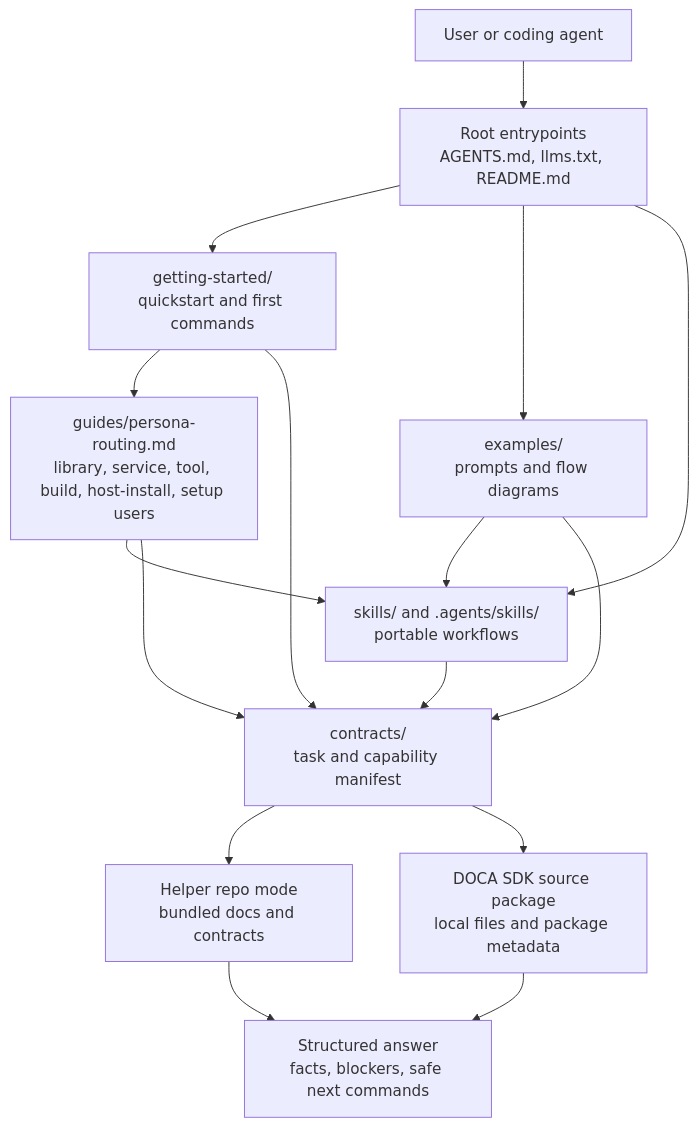
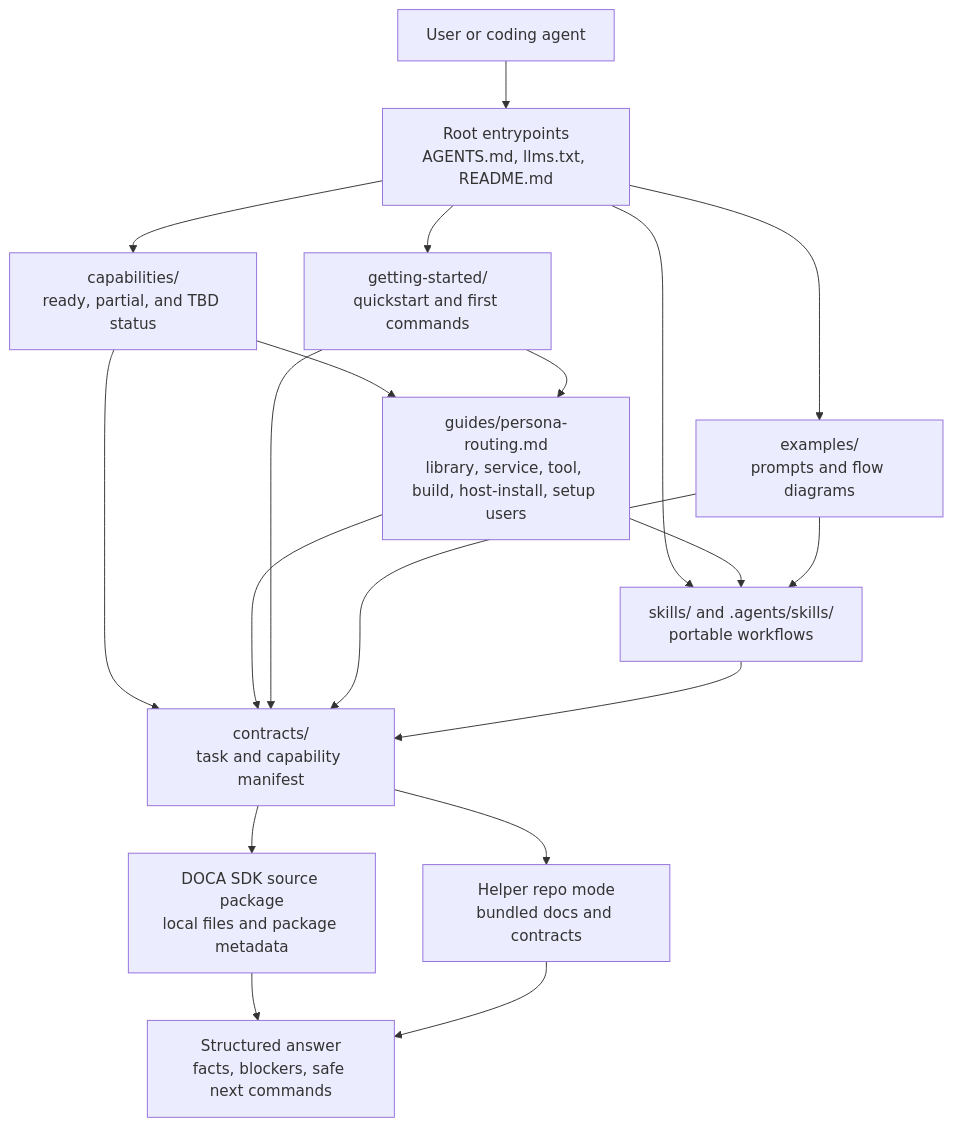
The diagram in README.md (NVIDIA-DOCA/doca-skills), drawn with Mermaid before and after one commit. The commit also changed other lines of this file and 4 other files, not shown here.

Commit message:
Add public capability index

````diff
--- a/README.md
+++ b/README.md
@@ -58,29 +59,33 @@
 ```mermaid
 flowchart TD
     user["User or coding agent"]
     entry["Root entrypoints<br/>AGENTS.md, llms.txt, README.md"]
     guide["getting-started/<br/>quickstart and first commands"]
+    capability_index["capabilities/<br/>ready, partial, and TBD status"]
     examples["examples/<br/>prompts and flow diagrams"]
     personas["guides/persona-routing.md<br/>library, service, tool, build, host-install, setup users"]
     skills["skills/ and .agents/skills/<br/>portable workflows"]
     contracts["contracts/<br/>task and capability manifest"]
     helper["Helper repo mode<br/>bundled docs and contracts"]
     source["DOCA SDK source package<br/>local files and package metadata"]
     report["Structured answer<br/>facts, blockers, safe next commands"]
 
     user --> entry
     entry --> guide
+    entry --> capability_index
     entry --> examples
+    capability_index --> personas
+    capability_index --> contracts
     guide --> personas
     entry --> skills
     personas --> skills
     personas --> contracts
     guide --> contracts
     examples --> skills
     examples --> contracts
     skills --> contracts
     contracts --> helper
     contracts --> source
     source --> report
     helper --> report
 ```
````
